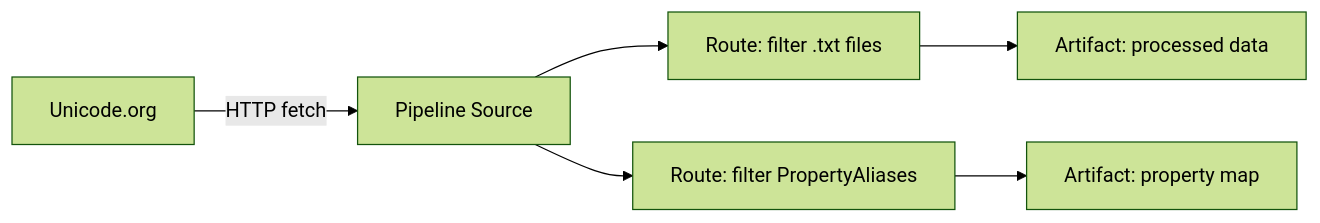
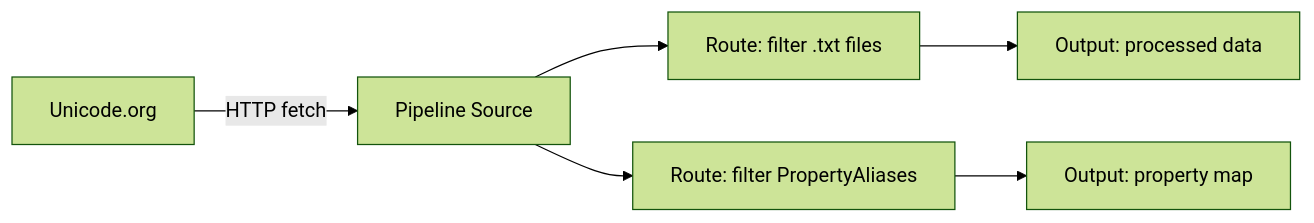
One commit to ucdjs/ucd changed the second of 3 diagrams in apps/docs/content/architecture/data-flow.mdx. Above: the diagram before and after it, drawn with Mermaid (forest theme). The commit also changed other lines of this file and 19 other files, not shown here.

````diff
--- a/apps/docs/content/architecture/data-flow.mdx
+++ b/apps/docs/content/architecture/data-flow.mdx
@@ -54,8 +54,8 @@
 ```mermaid
 flowchart LR
   U["Unicode.org"] -->|"HTTP fetch"| SRC["Pipeline Source"]
   SRC --> R1["Route: filter .txt files"]
   SRC --> R2["Route: filter PropertyAliases"]
-  R1 --> A1["Artifact: processed data"]
-  R2 --> A2["Artifact: property map"]
+  R1 --> A1["Output: processed data"]
+  R2 --> A2["Output: property map"]
 ```
````
